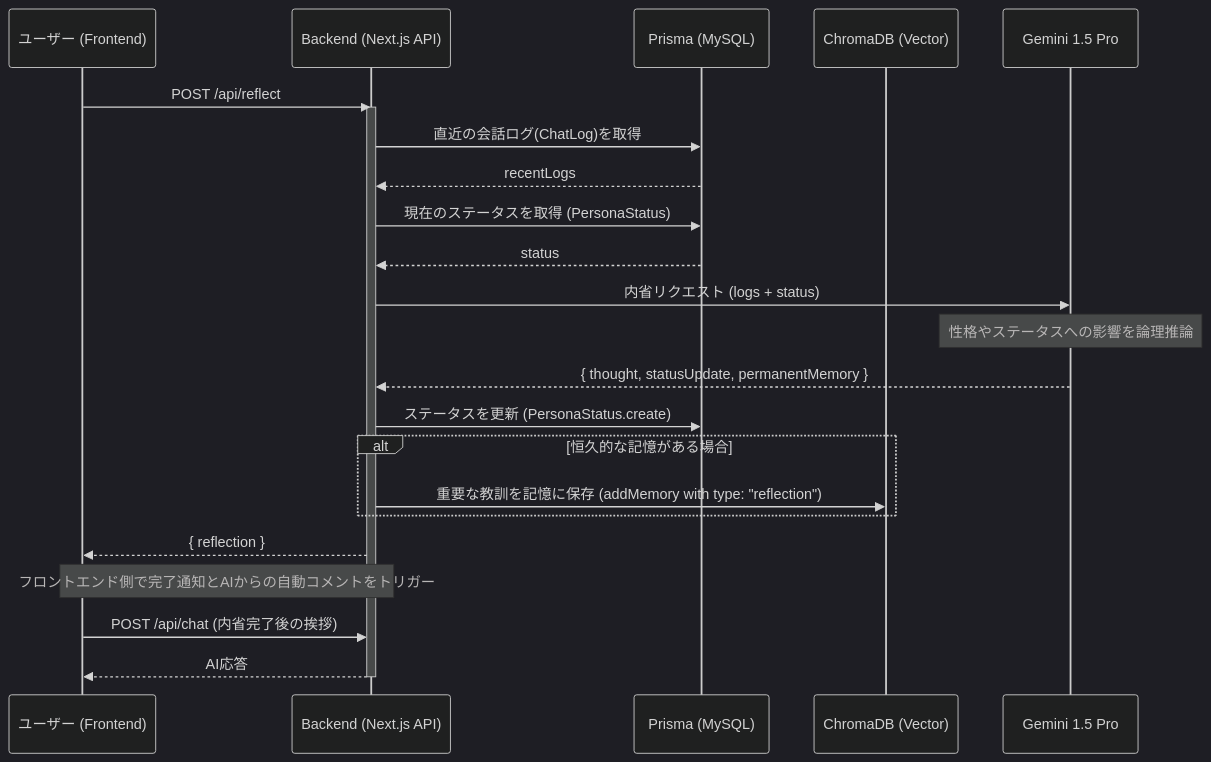
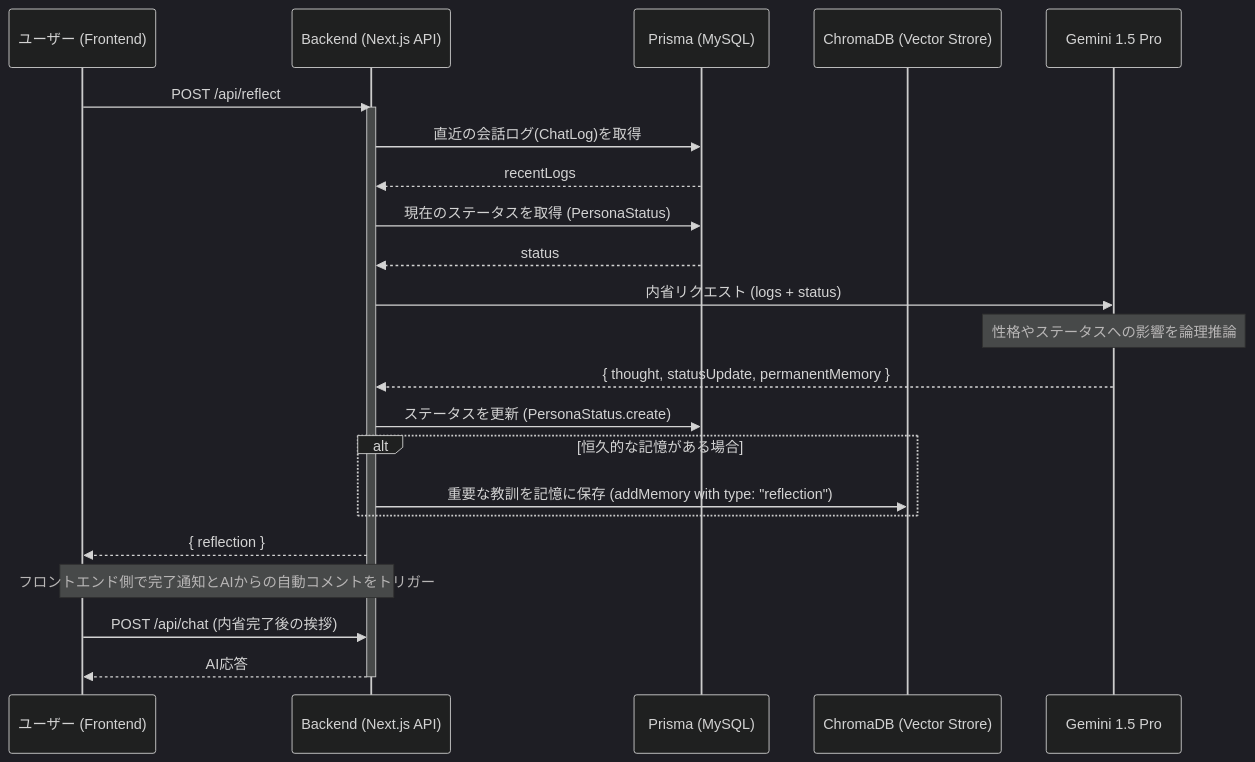
Before and after one commit to mshirai0327/self-reflection-chatbot: the second of 2 diagrams in docs/sequence.md, drawn with Mermaid (dark theme). The commit also changed other lines of this file and 3 other files, not shown here.

````diff
--- a/docs/sequence.md
+++ b/docs/sequence.md
@@ -40,34 +40,34 @@
 ```mermaid
 sequenceDiagram
     participant U as ユーザー (Frontend)
     participant B as Backend (Next.js API)
     participant P as Prisma (MySQL)
-    participant C as ChromaDB (Vector)
+    participant C as ChromaDB (Vector Strore)
     participant G as Gemini 1.5 Pro
 
     U->>B: POST /api/reflect
     
     activate B
     B->>P: 直近の会話ログ(ChatLog)を取得
     P-->>B: recentLogs
     
     B->>P: 現在のステータスを取得 (PersonaStatus)
     P-->>B: status
     
     B->>G: 内省リクエスト (logs + status)
     Note over G: 性格やステータスへの影響を論理推論
     G-->>B: { thought, statusUpdate, permanentMemory }
     
     B->>P: ステータスを更新 (PersonaStatus.create)
     
     alt 恒久的な記憶がある場合
         B->>C: 重要な教訓を記憶に保存 (addMemory with type: "reflection")
     end
     
     B-->>U: { reflection }
     
     Note over U, B: フロントエンド側で完了通知とAIからの自動コメントをトリガー
     U->>B: POST /api/chat (内省完了後の挨拶)
     B-->>U: AI応答
     deactivate B
 ```
````
